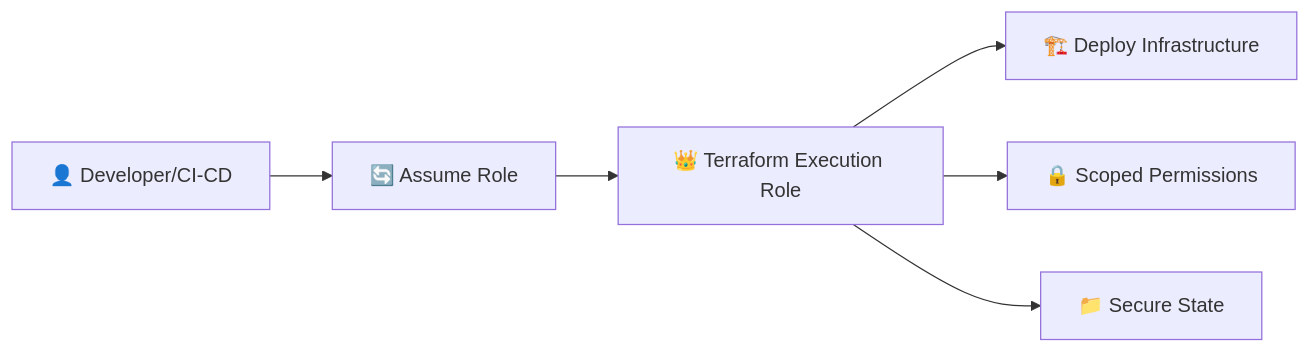
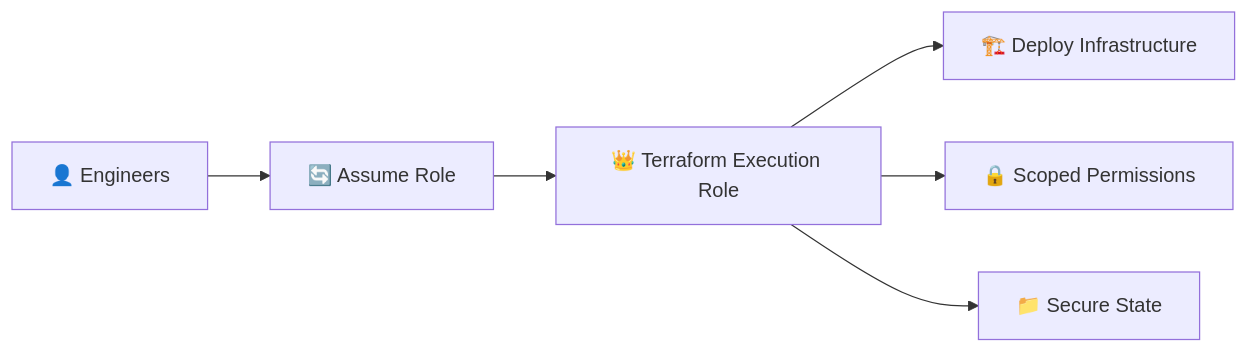
The diagram in bootstrap/README.md (OlamideCloudGRC/olamide-grc-showcase), drawn with Mermaid before and after one commit. The commit also changed other lines of this file and 24 other files, not shown here.

````diff
--- a/bootstrap/README.md
+++ b/bootstrap/README.md
@@ -13,9 +13,9 @@
 ```mermaid
 flowchart LR
-    A[👤 Developer/CI-CD] --> B[🔄 Assume Role]
+    A[👤 Engineers] --> B[🔄 Assume Role]
     B --> C[👑 Terraform Execution Role]
     C --> D[🏗️ Deploy Infrastructure]
     C --> E[🔒 Scoped Permissions]
     C --> F[📁 Secure State]
 
 ```
````
